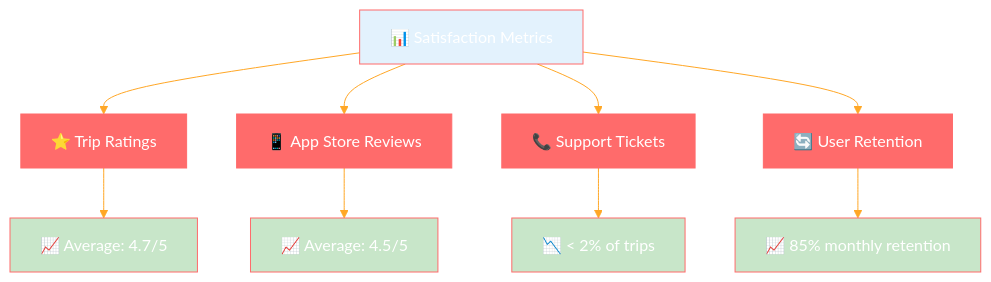
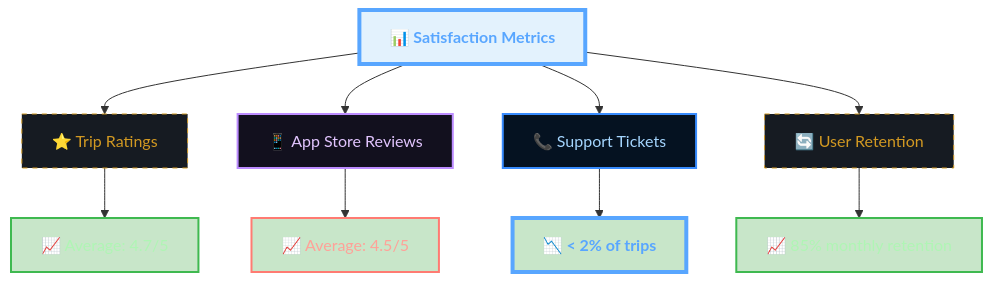
One commit to abdoElHodaky/transportapp changed diagram 19 of 19 in docs/user-journeys/passenger-flow.md. Above: the diagram before and after it, drawn with Mermaid. The commit also changed other lines of this file and 9 other files, not shown here.

````diff
--- a/docs/user-journeys/passenger-flow.md
+++ b/docs/user-journeys/passenger-flow.md
@@ -709,19 +1266,48 @@
 ```mermaid
-%%{init: {'theme':'base', 'themeVariables': {'primaryColor':'#ff6b6b','primaryTextColor':'#fff','primaryBorderColor':'#ff6b6b','lineColor':'#ffa726','sectionBkgColor':'#ff6b6b','altSectionBkgColor':'#fff','gridColor':'#fff','secondaryColor':'#006100','tertiaryColor':'#fff'}}}%%
 graph TB
     A[📊 Satisfaction Metrics] --> B[⭐ Trip Ratings]
     A --> C[📱 App Store Reviews]
     A --> D[📞 Support Tickets]
     A --> E[🔄 User Retention]
     
     B --> B1[📈 Average: 4.7/5]
     C --> C1[📈 Average: 4.5/5]
     D --> D1[📉 < 2% of trips]
     E --> E1[📈 85% monthly retention]
     
     style A fill:#e3f2fd
     style B1 fill:#c8e6c9
     style C1 fill:#c8e6c9
     style D1 fill:#c8e6c9
     style E1 fill:#c8e6c9
+
+    %% --- DARK GRADIENT & GLOW STYLING ---
+    
+    %% Main Dashboard (Neon Cyan/Blue)
+    classDef main fill:#0d1117,stroke:#58a6ff,stroke-width:4px,color:#58a6ff,font-weight:bold;
+    
+    %% Decision Diamond (Gold Glow)
+    classDef decision fill:#161b22,stroke:#d29922,color:#d29922,stroke-dasharray: 5 5;
+    
+    %% Revenue (Emerald Gradient Style)
+    classDef revNode fill:#04190b,stroke:#3fb950,color:#aff5b4,stroke-width:2px;
+    
+    %% Commission (Purple Gradient Style)
+    classDef commNode fill:#12101e,stroke:#bc8cff,color:#e2c5ff,stroke-width:2px;
+    
+    %% Refund (Ruby Gradient Style)
+    classDef refNode fill:#1a0b0b,stroke:#ff7b72,color:#ffa198,stroke-width:2px;
+    
+    %% Earnings (Sapphire Gradient Style)
+    classDef earnNode fill:#051221,stroke:#388bfd,color:#a5d6ff,stroke-width:2px;
+
+    class A main;
+    class B decision;
+    class B1 revNode;
+    class C commNode;
+    class C1 refNode;
+    class D earnNode;
+    class D1 main;
+    class E decision;
+    class E1 revNode;
 ```
````
